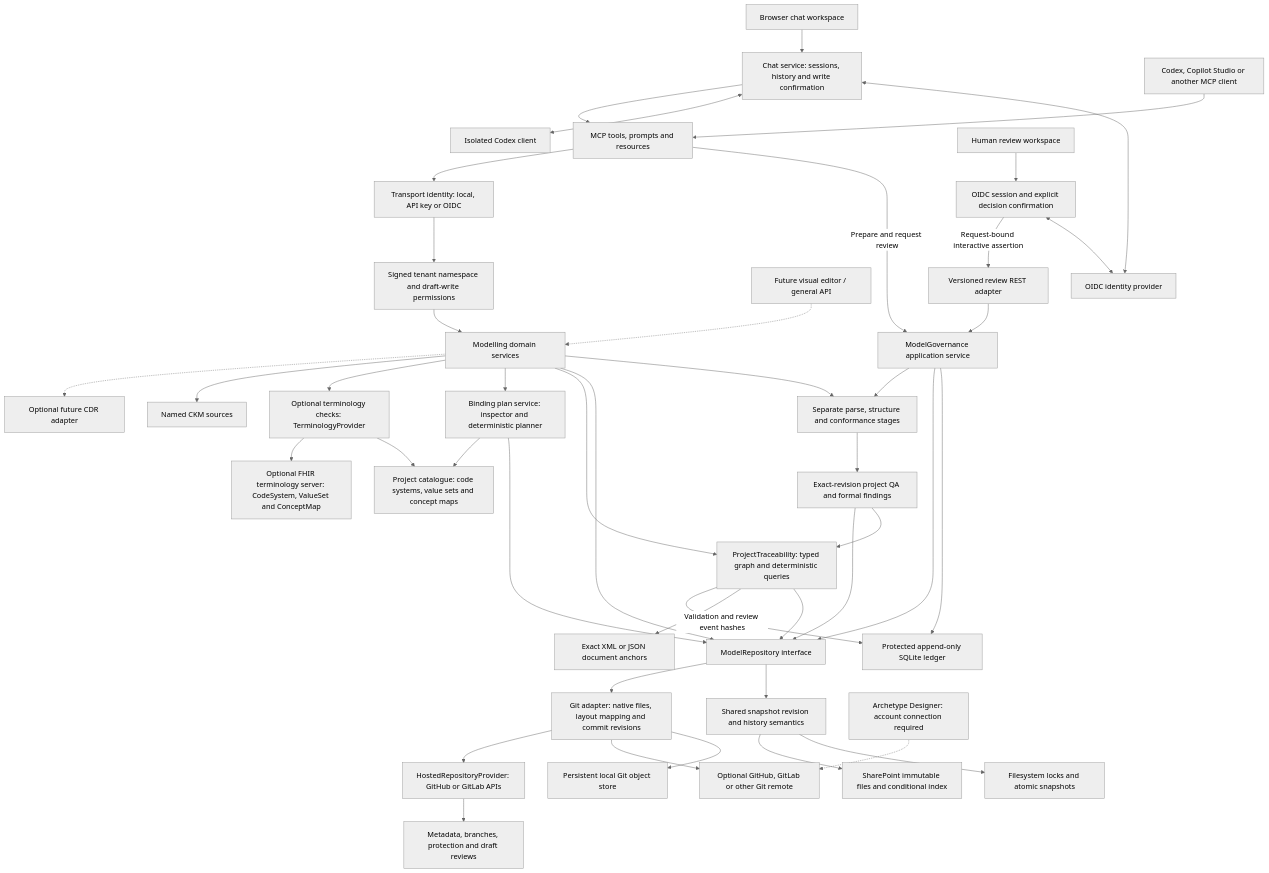
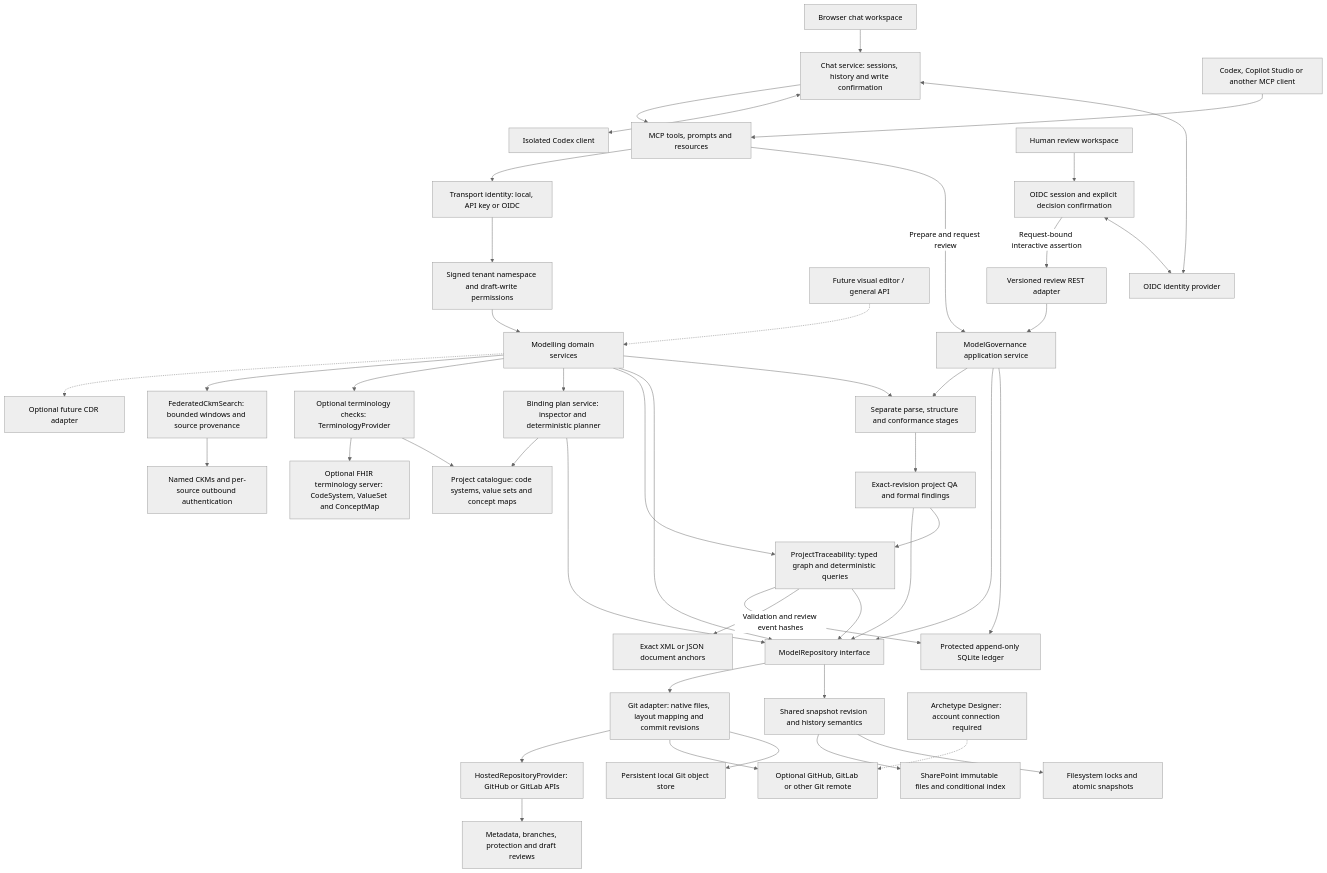
Before and after one commit to CzarMich/openehr-modelling-assistant: the diagram in docs/ARCHITECTURE.md, drawn with Mermaid (neutral theme). The commit also changed other lines of this file and 50 other files, not shown here.

Commit message:
feat(ckm): add source-bound credentials and federated discovery

````diff
--- a/docs/ARCHITECTURE.md
+++ b/docs/ARCHITECTURE.md
@@ -5,46 +5,47 @@
 ```mermaid
 flowchart TB
     Browser[Browser chat workspace] --> Chat[Chat service: sessions, history and write confirmation]
     Chat <--> Identity[OIDC identity provider]
     Chat <--> Codex[Isolated Codex client]
     Chat --> MCP[MCP tools, prompts and resources]
     AI[Codex, Copilot Studio or another MCP client] --> MCP[MCP tools, prompts and resources]
     UI[Future visual editor / general API] -.-> Core[Modelling domain services]
     Human[Human review workspace] --> BFF[OIDC session and explicit decision confirmation]
     BFF <--> Identity
     BFF -->|Request-bound interactive assertion| REST[Versioned review REST adapter]
     REST --> Governance[ModelGovernance application service]
     MCP -->|Prepare and request review| Governance
     Governance --> Ledger[Protected append-only SQLite ledger]
     Governance --> Repository
     Governance --> Validation
     MCP --> Auth[Transport identity: local, API key or OIDC]
     Auth --> Scope[Signed tenant namespace and draft-write permissions]
     Scope --> Core
     Core --> Validation[Separate parse, structure and conformance stages]
     Validation --> Quality[Exact-revision project QA and formal findings]
     Quality --> Trace
     Quality --> Repository
     Core --> Repository[ModelRepository interface]
     Core --> Trace[ProjectTraceability: typed graph and deterministic queries]
     Trace --> Repository
     Trace --> Anchors[Exact XML or JSON document anchors]
     Trace -->|Validation and review event hashes| Ledger
     Repository --> Snap[Shared snapshot revision and history semantics]
     Snap --> FS[Filesystem locks and atomic snapshots]
     Snap --> SP[SharePoint immutable files and conditional index]
     Repository --> Git[Git adapter: native files, layout mapping and commit revisions]
     Git --> Cache[Persistent local Git object store]
     Git --> Remote[Optional GitHub, GitLab or other Git remote]
     Git --> Hosting[HostedRepositoryProvider: GitHub or GitLab APIs]
     Hosting --> Reviews[Metadata, branches, protection and draft reviews]
     Designer[Archetype Designer: account connection required] -.-> Remote
     Core --> Plans[Binding plan service: inspector and deterministic planner]
     Plans --> Repository
     Plans --> Local
     Core --> Terms[Optional terminology checks: TerminologyProvider]
     Terms --> Local[Project catalogue: code systems, value sets and concept maps]
     Terms --> FHIR[Optional FHIR terminology server: CodeSystem, ValueSet and ConceptMap]
-    Core --> CKM[Named CKM sources]
+    Core --> Federation[FederatedCkmSearch: bounded windows and source provenance]
+    Federation --> CKM[Named CKMs and per-source outbound authentication]
     Core -.-> CDR[Optional future CDR adapter]
 ```
````
